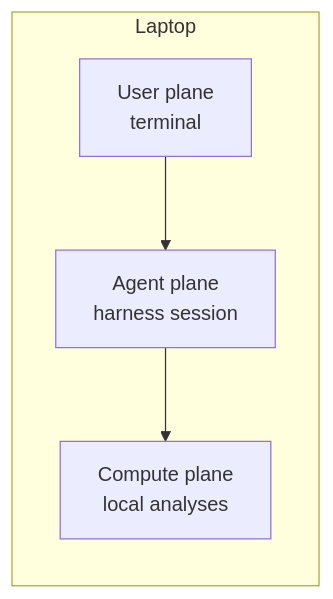
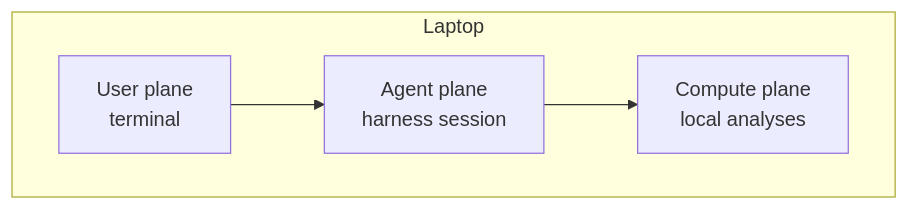
One commit to caseywdunn/dunnlab_code changed the first of 3 diagrams in docs/claude-intro.md. Above: the diagram before and after it, drawn with Mermaid. The commit also changed other lines of this file and 7 other files, not shown here.

First line of the commit message:
Make plane diagrams horizontal and fix clipped titles

````diff
--- a/docs/claude-intro.md
+++ b/docs/claude-intro.md
@@ -118,9 +118,10 @@
 ```mermaid
 flowchart LR
   subgraph laptop["Laptop"]
+    direction LR
     U["User plane<br/>terminal"]
     A["Agent plane<br/>harness session"]
     C["Compute plane<br/>local analyses"]
   end
   U --> A --> C
 ```
````
